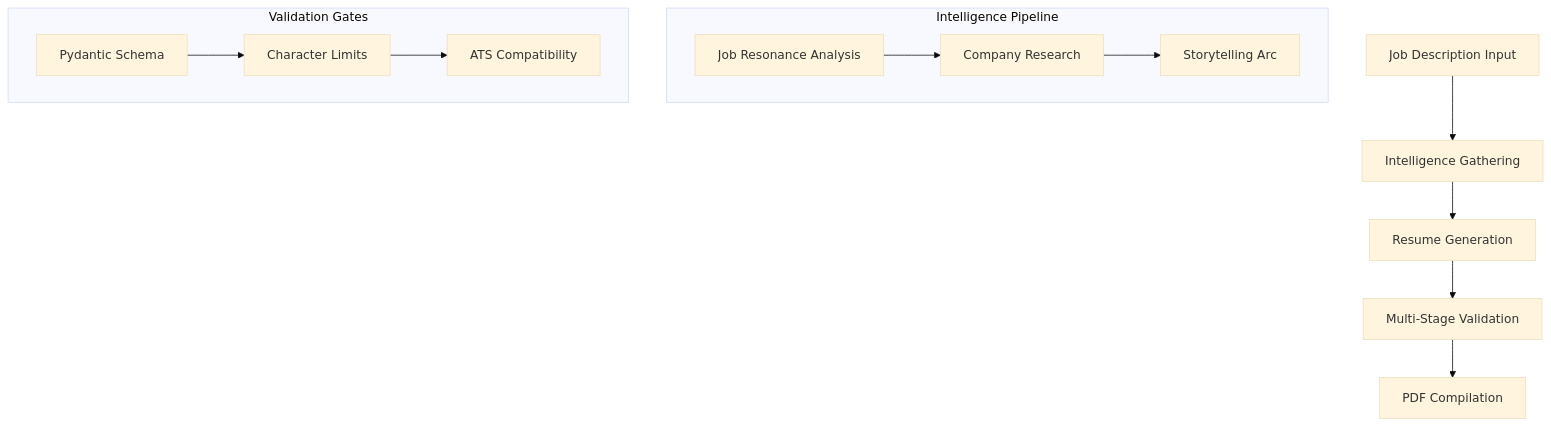
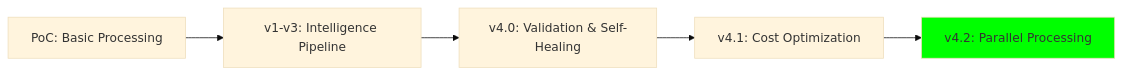
The diagram in README.md (Jobbernaut/jobbernaut-tailor), drawn with Mermaid (base theme) before and after one commit. The commit also changed other lines of this file and 4 other files, not shown here.

````diff
--- a/README.md
+++ b/README.md
@@ -16,17 +44,9 @@
 ```mermaid
-graph TD
-    A[Job Description Input] --> B[Intelligence Gathering]
-    B --> C[Resume Generation]
-    C --> D[Multi-Stage Validation]
-    D --> E[PDF Compilation]
+graph LR
+    A[PoC: Basic Processing] --> B[v1-v3: Intelligence Pipeline]
+    B --> C[v4.0: Validation & Self-Healing]
+    C --> D[v4.1: Cost Optimization]
+    D --> E[v4.2: Parallel Processing]
     
-    subgraph "Intelligence Pipeline"
-    B1[Job Resonance Analysis] --> B2[Company Research]
-    B2 --> B3[Storytelling Arc]
-    end
-    
-    subgraph "Validation Gates"
-    D1[Pydantic Schema] --> D2[Character Limits]
-    D2 --> D3[ATS Compatibility]
-    end
+    style E fill:#00ff00
 ```
````
